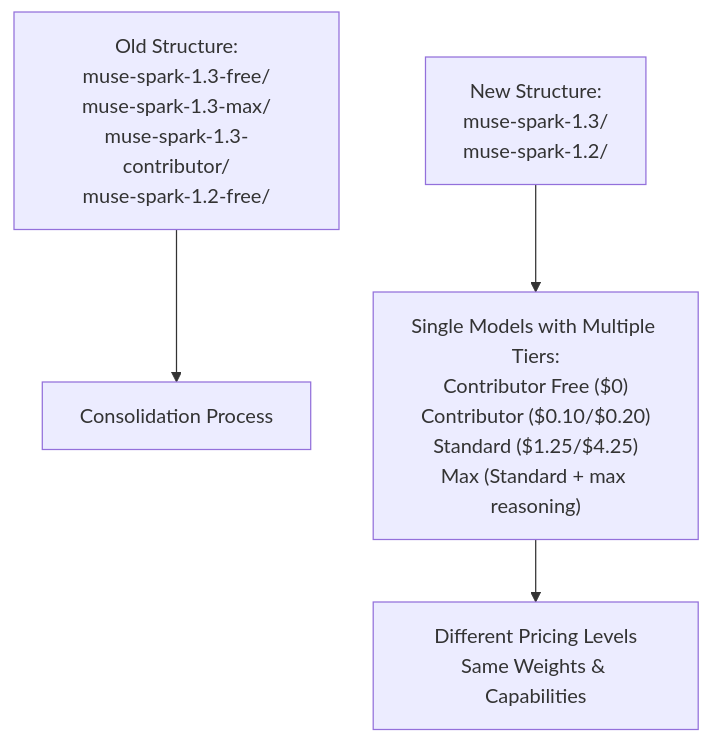
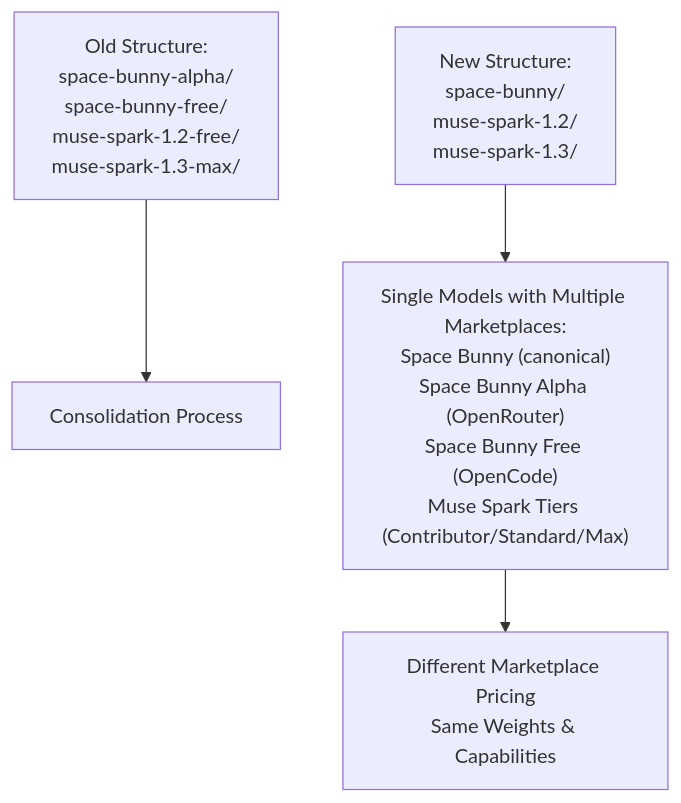
One commit to delirium-dj/modelcomp changed the sixth of 11 diagrams in .qoder/repowiki/en/content/Model Research & Evaluation/Model Research & Evaluation.md. Above: the diagram before and after it, drawn with Mermaid. The commit also changed other lines of this file and 141 other files, not shown here.

````diff
--- a/.qoder/repowiki/en/content/Model Research & Evaluation/Model Research & Evaluation.md
+++ b/.qoder/repowiki/en/content/Model Research & Evaluation/Model Research & Evaluation.md
@@ -269,6 +319,6 @@
 ```mermaid
 flowchart TD
-OldStructure["Old Structure:<br/>muse-spark-1.3-free/<br/>muse-spark-1.3-max/<br/>muse-spark-1.3-contributor/<br/>muse-spark-1.2-free/"] --> Consolidation["Consolidation Process"]
-NewStructure["New Structure:<br/>muse-spark-1.3/<br/>muse-spark-1.2/"] --> Tiers["Single Models with Multiple Tiers:<br/>Contributor Free ($0)<br/>Contributor ($0.10/$0.20)<br/>Standard ($1.25/$4.25)<br/>Max (Standard + max reasoning)"]
-Tiers --> Pricing["Different Pricing Levels<br/>Same Weights & Capabilities"]
+OldStructure["Old Structure:<br/>space-bunny-alpha/<br/>space-bunny-free/<br/>muse-spark-1.2-free/<br/>muse-spark-1.3-max/"] --> Consolidation["Consolidation Process"]
+NewStructure["New Structure:<br/>space-bunny/<br/>muse-spark-1.2/<br/>muse-spark-1.3/"] --> Marketplaces["Single Models with Multiple Marketplaces:<br/>Space Bunny (canonical)<br/>Space Bunny Alpha (OpenRouter)<br/>Space Bunny Free (OpenCode)<br/>Muse Spark Tiers (Contributor/Standard/Max)"]
+Marketplaces --> Pricing["Different Marketplace Pricing<br/>Same Weights & Capabilities"]
 ```
````
